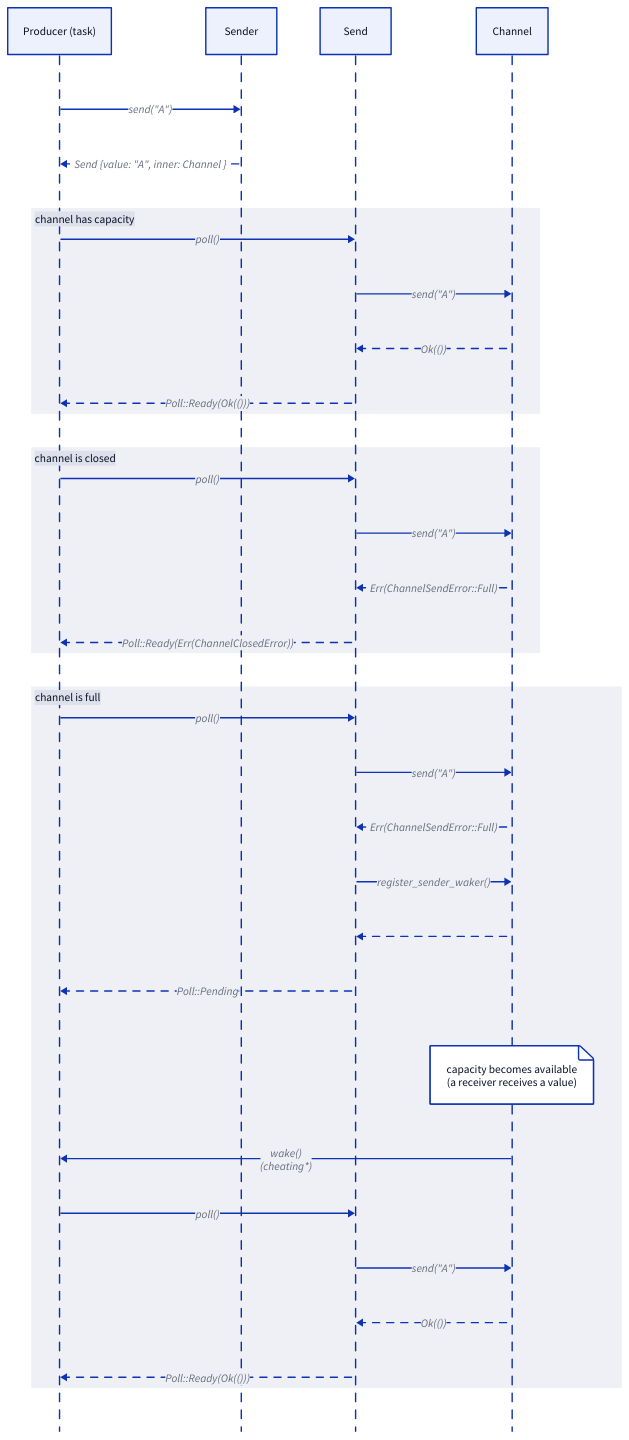
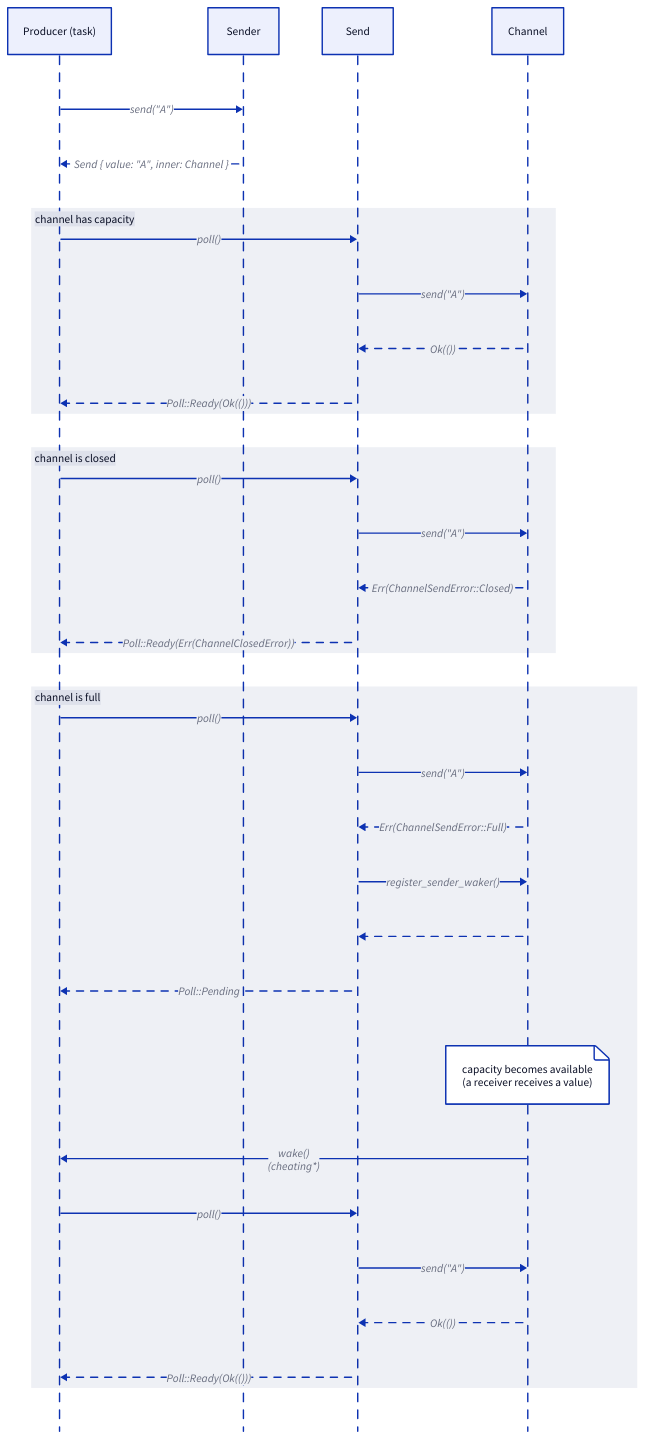
The diagram in resources/understanding-async-await/diagrams/mpmc_send_future-sequence_diagram.d2 (hds/hegdenu.net), drawn with D2 before and after one commit. The commit also changed 6 other files, not shown here.

```diff
--- a/resources/understanding-async-await/diagrams/mpmc_send_future-sequence_diagram.d2
+++ b/resources/understanding-async-await/diagrams/mpmc_send_future-sequence_diagram.d2
@@ -1,61 +1,61 @@
 shape: sequence_diagram
 
 prod1: Producer (task)
 tx: Sender
 send: Send
 inner: Channel
 
 prod1 -> tx: send("A")
-prod1 <- tx: Send \{value: "A", inner: Channel \} {
+prod1 <- tx: Send \{ value: "A", inner: Channel \} {
   style.stroke-dash: 5
 }
 
 channel has capacity: {
   prod1 -> send: poll()
   send -> inner: send("A")
   send <- inner: Ok(()) {
     style.stroke-dash: 5
   }
   prod1 <- send: Poll::Ready(Ok(())) {
     style.stroke-dash: 5
   }
 }
 
 channel is closed: {
   prod1 -> send: poll()
   send -> inner: send("A")
-  send <- inner: Err(ChannelSendError::Full) {
+  send <- inner: Err(ChannelSendError::Closed) {
     style.stroke-dash: 5
   }
   prod1 <- send: Poll::Ready(Err(ChannelClosedError)) {
     style.stroke-dash: 5
   }
 }
 
 channel is full: {
   prod1 -> send: poll()
 
   send -> inner: send("A")
   send <- inner: Err(ChannelSendError::Full) {
     style.stroke-dash: 5
   }
   send -> inner: register_sender_waker()
   send <- inner: {
     style.stroke-dash: 5
   }
   prod1 <- send: Poll::Pending {
     style.stroke-dash: 5
   }
 
   inner."capacity becomes available\n(a receiver receives a value)"
   inner -> prod1: wake()\n(cheating*)
 
   prod1 -> send: poll()
   send -> inner: send("A")
   send <- inner: Ok(()) {
     style.stroke-dash: 5
   }
   prod1 <- send: Poll::Ready(Ok(())) {
     style.stroke-dash: 5
   }
 }
```
